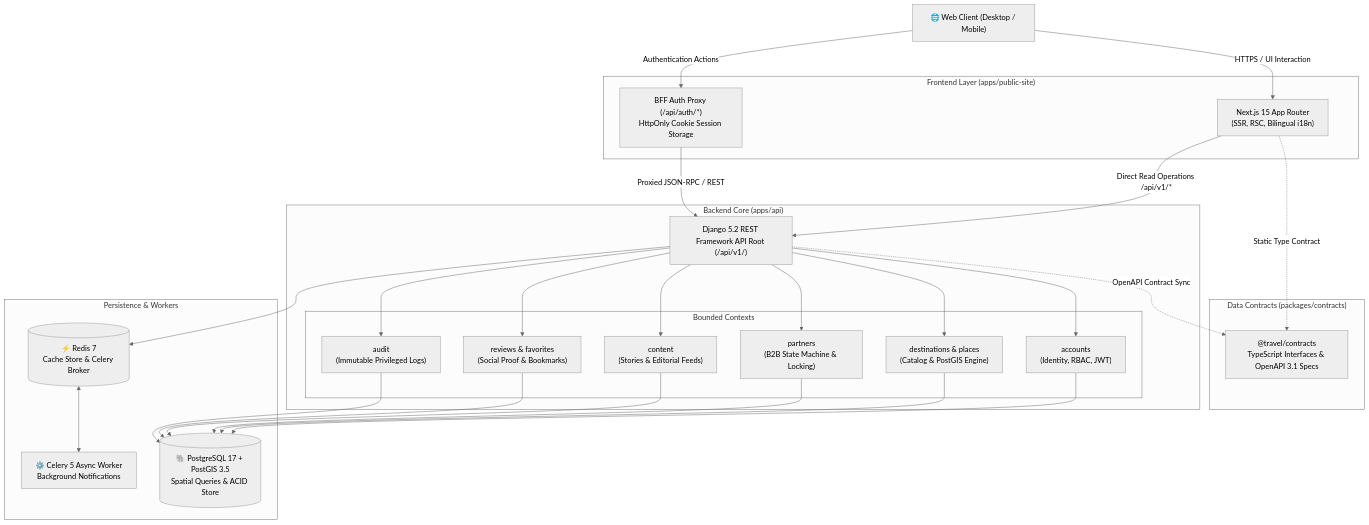
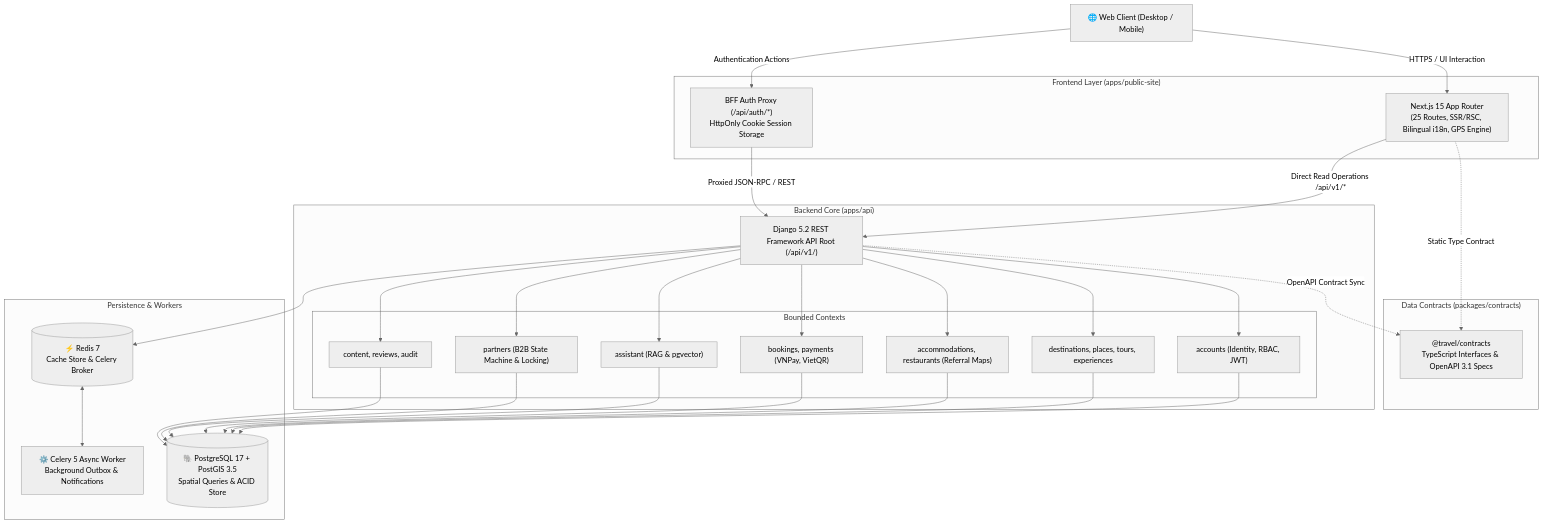
The diagram in README.md (STAR-Trevaling/Website-Traveling), drawn with Mermaid (neutral theme) before and after one commit. The commit also changed other lines of this file and 28 other files, not shown here.

First line of the commit message:
docs: consolidate canonical specs, architecture records, and audit reports

````diff
--- a/README.md
+++ b/README.md
@@ -60,42 +65,43 @@
 ```mermaid
 graph TD
     Client["🌐 Web Client (Desktop / Mobile)"]
 
     subgraph "Frontend Layer (apps/public-site)"
-        NextWeb["Next.js 15 App Router<br/>(SSR, RSC, Bilingual i18n)"]
+        NextWeb["Next.js 15 App Router<br/>(25 Routes, SSR/RSC, Bilingual i18n, GPS Engine)"]
         BFF["BFF Auth Proxy (/api/auth/*)<br/>HttpOnly Cookie Session Storage"]
     end
 
     subgraph "Data Contracts (packages/contracts)"
         Contracts["@travel/contracts<br/>TypeScript Interfaces & OpenAPI 3.1 Specs"]
     end
 
     subgraph "Backend Core (apps/api)"
         DRF["Django 5.2 REST Framework API Root (/api/v1/)"]
         subgraph "Bounded Contexts"
-            AccountsCtx["accounts<br/>(Identity, RBAC, JWT)"]
-            DestCtx["destinations & places<br/>(Catalog & PostGIS Engine)"]
-            PartnerCtx["partners<br/>(B2B State Machine & Locking)"]
-            ContentCtx["content<br/>(Stories & Editorial Feeds)"]
-            ReviewCtx["reviews & favorites<br/>(Social Proof & Bookmarks)"]
-            AuditCtx["audit<br/>(Immutable Privileged Logs)"]
+            AccountsCtx["accounts (Identity, RBAC, JWT)"]
+            CatalogCtx["destinations, places, tours, experiences"]
+            HospitalityCtx["accommodations, restaurants (Referral Maps)"]
+            TransactionCtx["bookings, payments (VNPay, VietQR)"]
+            AICtx["assistant (RAG & pgvector)"]
+            PartnerCtx["partners (B2B State Machine & Locking)"]
+            SocialCtx["content, reviews, audit"]
         end
     end
 
     subgraph "Persistence & Workers"
         Postgres[("🐘 PostgreSQL 17 + PostGIS 3.5<br/>Spatial Queries & ACID Store")]
         Redis[("⚡ Redis 7<br/>Cache Store & Celery Broker")]
-        CeleryWorker["⚙️ Celery 5 Async Worker<br/>Background Notifications"]
+        CeleryWorker["⚙️ Celery 5 Async Worker<br/>Background Outbox & Notifications"]
     end
 
     Client -->|HTTPS / UI Interaction| NextWeb
     Client -->|Authentication Actions| BFF
     BFF -->|Proxied JSON-RPC / REST| DRF
     NextWeb -.->|Static Type Contract| Contracts
     DRF -.->|OpenAPI Contract Sync| Contracts
     NextWeb -->|Direct Read Operations /api/v1/*| DRF
-    DRF --> AccountsCtx & DestCtx & PartnerCtx & ContentCtx & ReviewCtx & AuditCtx
-    AccountsCtx & DestCtx & PartnerCtx & ContentCtx & ReviewCtx & AuditCtx --> Postgres
+    DRF --> AccountsCtx & CatalogCtx & HospitalityCtx & TransactionCtx & AICtx & PartnerCtx & SocialCtx
+    AccountsCtx & CatalogCtx & HospitalityCtx & TransactionCtx & AICtx & PartnerCtx & SocialCtx --> Postgres
     DRF --> Redis
     Redis <--> CeleryWorker
 ```
````
